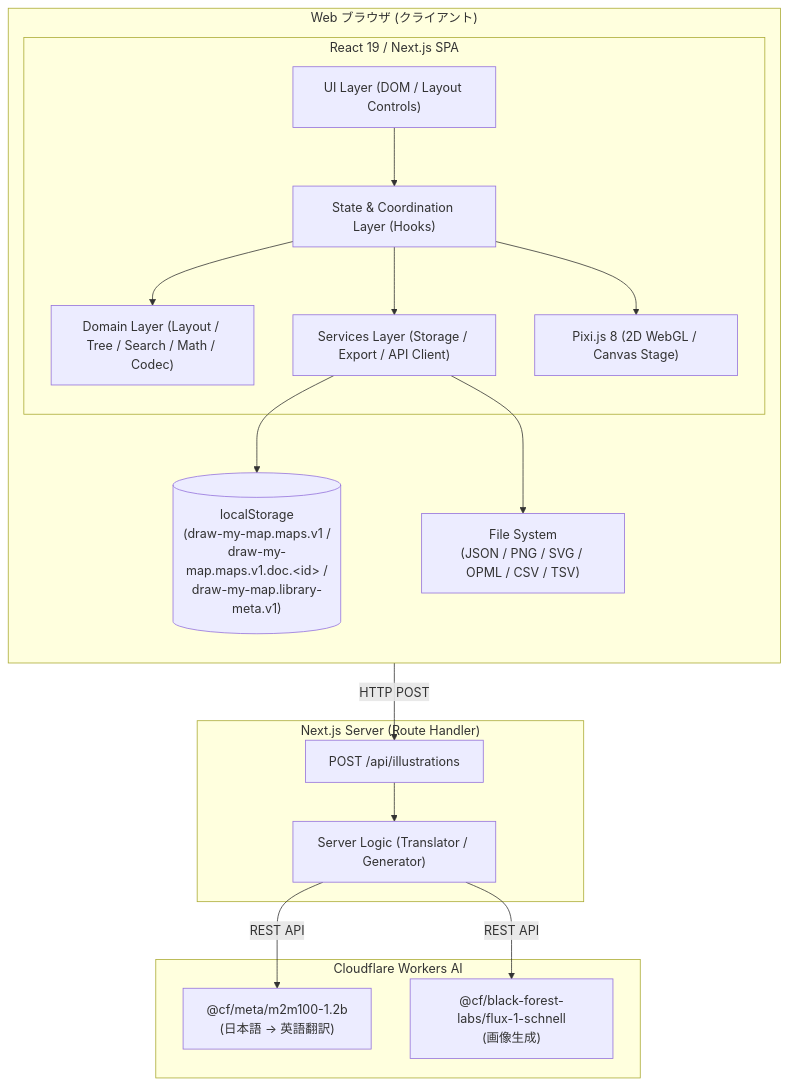
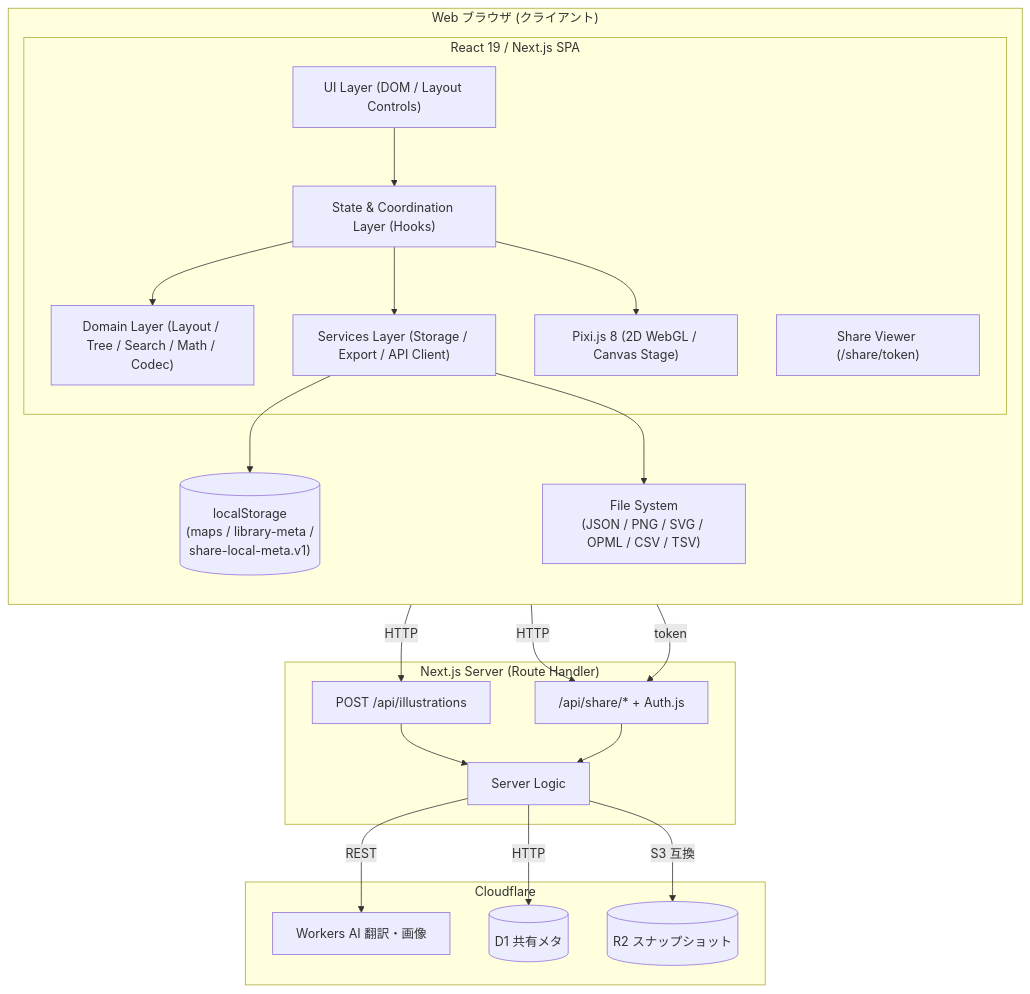
One commit to poteto317/draw-my-map changed the first of 8 diagrams in docs/architecture/overview.md. Above: the diagram before and after it, drawn with Mermaid. The commit also changed other lines of this file and 5 other files, not shown here.

Commit message:
docs(share): Phase 37 の仕様・setup・手動テストと ROADMAP を更新する

````diff
--- a/docs/architecture/overview.md
+++ b/docs/architecture/overview.md
@@ -16,37 +16,44 @@
 ```mermaid
 graph TD
     subgraph Browser ["Web ブラウザ (クライアント)"]
         direction TB
         subgraph ReactApp ["React 19 / Next.js SPA"]
             UI["UI Layer (DOM / Layout Controls)"]
             State["State & Coordination Layer (Hooks)"]
             Services["Services Layer (Storage / Export / API Client)"]
             Domain["Domain Layer (Layout / Tree / Search / Math / Codec)"]
             PixiApp["Pixi.js 8 (2D WebGL / Canvas Stage)"]
+            ShareViewer["Share Viewer (/share/token)"]
         end
-        LocalStorage[("localStorage<br/>(draw-my-map.maps.v1 /<br/>draw-my-map.maps.v1.doc.&lt;id&gt; /<br/>draw-my-map.library-meta.v1)")]
+        LocalStorage[("localStorage<br/>(maps / library-meta /<br/>share-local-meta.v1)")]
         FileIO["File System<br/>(JSON / PNG / SVG / OPML / CSV / TSV)"]
     end
 
     subgraph Server ["Next.js Server (Route Handler)"]
-        RouteHandler["POST /api/illustrations"]
-        ServerDomain["Server Logic (Translator / Generator)"]
+        Illustrations["POST /api/illustrations"]
+        ShareAPI["/api/share/* + Auth.js"]
+        ServerDomain["Server Logic"]
     end
 
-    subgraph Cloudflare ["Cloudflare Workers AI"]
-        TranslationModel["@cf/meta/m2m100-1.2b<br/>(日本語 → 英語翻訳)"]
-        ImageModel["@cf/black-forest-labs/flux-1-schnell<br/>(画像生成)"]
+    subgraph Cloudflare ["Cloudflare"]
+        TranslationModel["Workers AI 翻訳・画像"]
+        D1[("D1 共有メタ")]
+        R2[("R2 スナップショット")]
     end
 
     UI --> State
     State --> Domain
     State --> Services
     State --> PixiApp
     Services --> LocalStorage
     Services --> FileIO
-    Services -->|HTTP POST| RouteHandler
+    Services -->|HTTP| Illustrations
+    Services -->|HTTP| ShareAPI
+    ShareViewer -->|token| ShareAPI
 
-    RouteHandler --> ServerDomain
-    ServerDomain -->|REST API| TranslationModel
-    ServerDomain -->|REST API| ImageModel
+    Illustrations --> ServerDomain
+    ShareAPI --> ServerDomain
+    ServerDomain -->|REST| TranslationModel
+    ServerDomain -->|HTTP| D1
+    ServerDomain -->|S3 互換| R2
 ```
````
